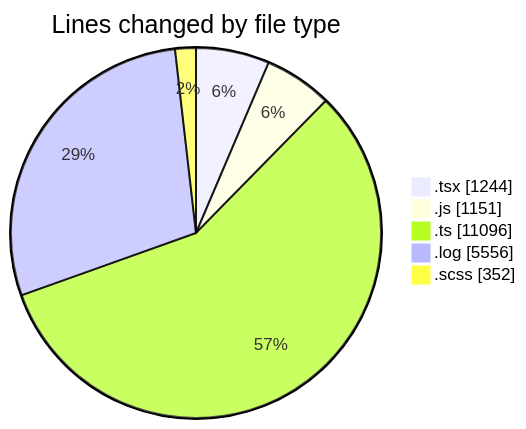
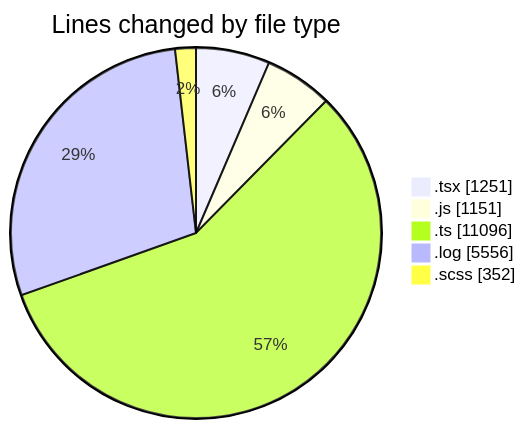
The first of 2 diagrams in 2026-04-09/cda/README.md (momahboobian/code-tracking), drawn with Mermaid before and after one commit. The commit also changed other lines of this file and 1 other file, not shown here.

````diff
--- a/2026-04-09/cda/README.md
+++ b/2026-04-09/cda/README.md
@@ -32,9 +32,9 @@
 ```mermaid
 pie showData
 title Lines changed by file type
-".tsx" : 1244
+".tsx" : 1251
 ".js" : 1151
 ".ts" : 11096
 ".log" : 5556
 ".scss" : 352
 ```
````
